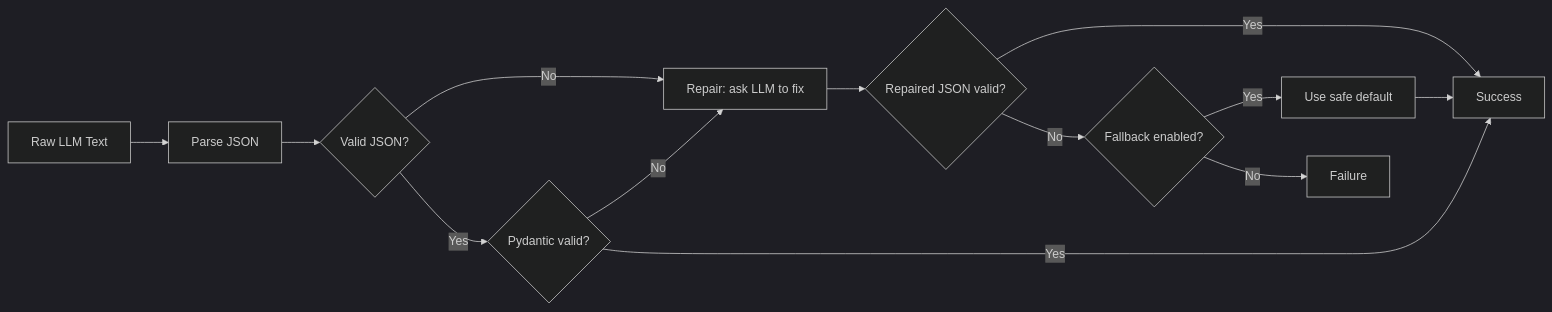
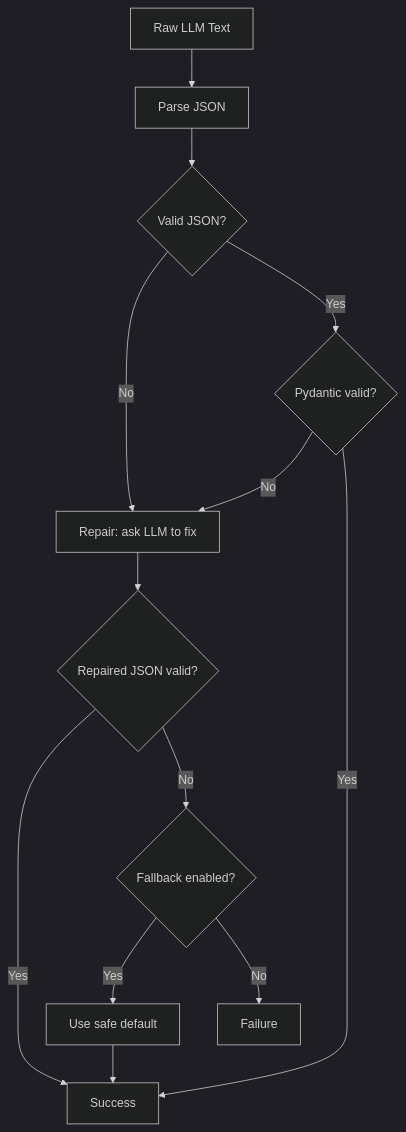
One commit to XUranus/ibkr-dash changed the second of 4 diagrams in wiki/docs/agents/architecture.md. Above: the diagram before and after it, drawn with Mermaid (dark theme). The commit also changed other lines of this file and 89 other files, not shown here.

First line of the commit message:
docs: enhance wiki with mermaid diagrams, code snippets, and i18n

````diff
--- a/wiki/docs/agents/architecture.md
+++ b/wiki/docs/agents/architecture.md
@@ -68,15 +91,15 @@
 ```mermaid
-flowchart LR
+flowchart TD
     A[Raw LLM Text] --> B[Parse JSON]
     B --> C{Valid JSON?}
     C -->|No| D[Repair: ask LLM to fix]
     C -->|Yes| E{Pydantic valid?}
     E -->|No| D
     E -->|Yes| F[Success]
     D --> G{Repaired JSON valid?}
     G -->|Yes| F
     G -->|No| H{Fallback enabled?}
     H -->|Yes| I[Use safe default]
     H -->|No| J[Failure]
     I --> F
 ```
````
